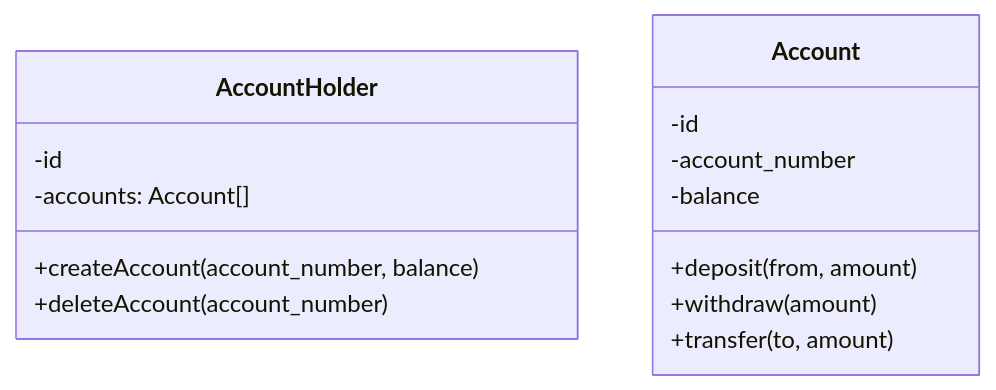
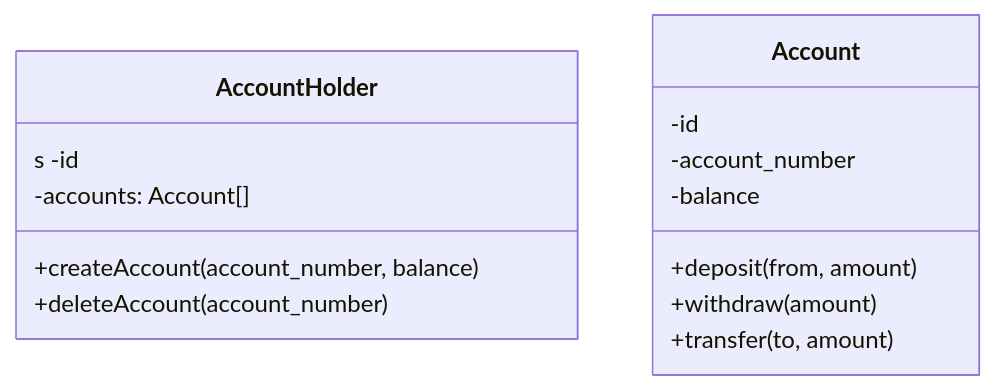
Before and after one commit to sec-dev-iteso/secure-sdlc: the diagram in secure-design/ObservabilityEvidenceProduction.md, drawn with Mermaid. The commit also changed 1 other file, not shown here.

Commit message:
Add example of security by obscurity

````diff
--- a/secure-design/ObservabilityEvidenceProduction.md
+++ b/secure-design/ObservabilityEvidenceProduction.md
@@ -2,18 +2,18 @@
 ```mermaid
 classDiagram
     class AccountHolder{
-        -id
+     s   -id
         -accounts: Account[]
         +createAccount(account_number, balance)
         +deleteAccount(account_number)
     }
     class Account{
         -id
         -account_number
         -balance
         +deposit(from, amount)
         +withdraw(amount)
         +transfer(to, amount)
 
     }
 ```
````
